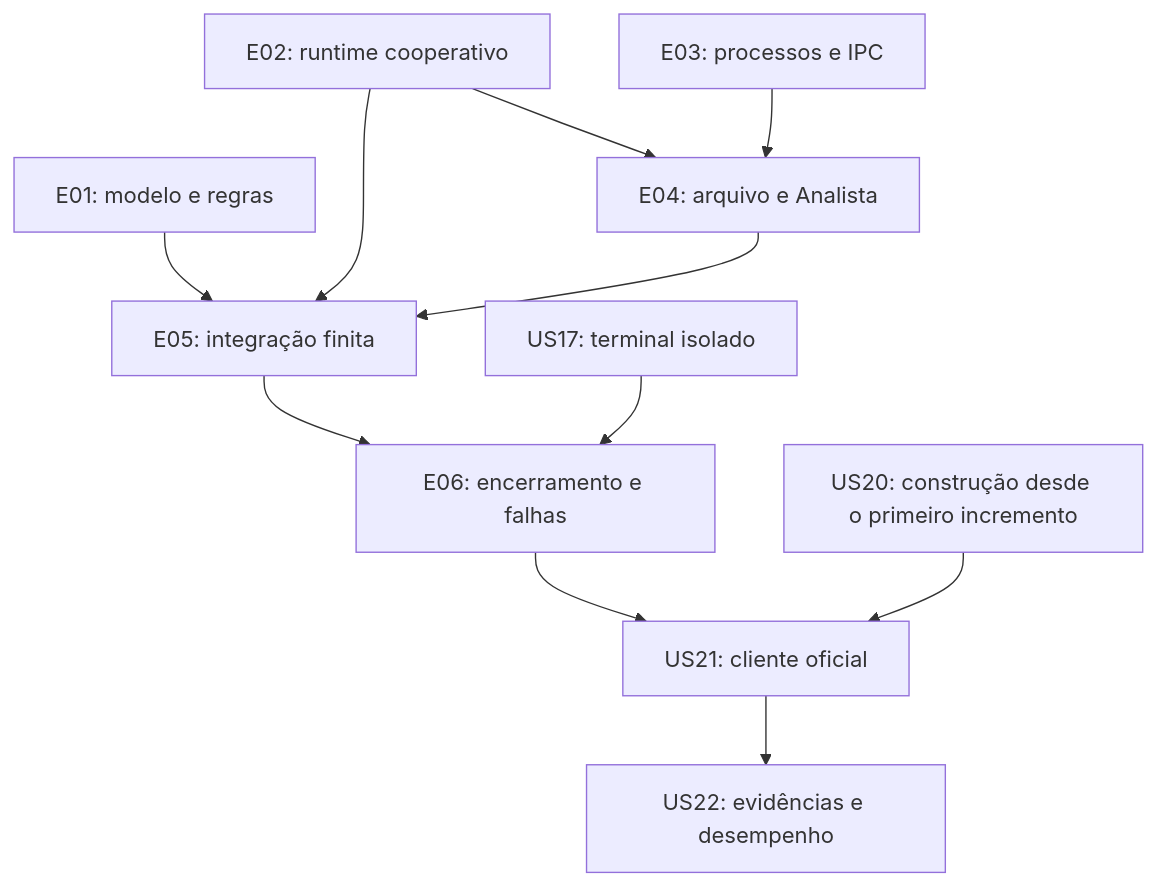
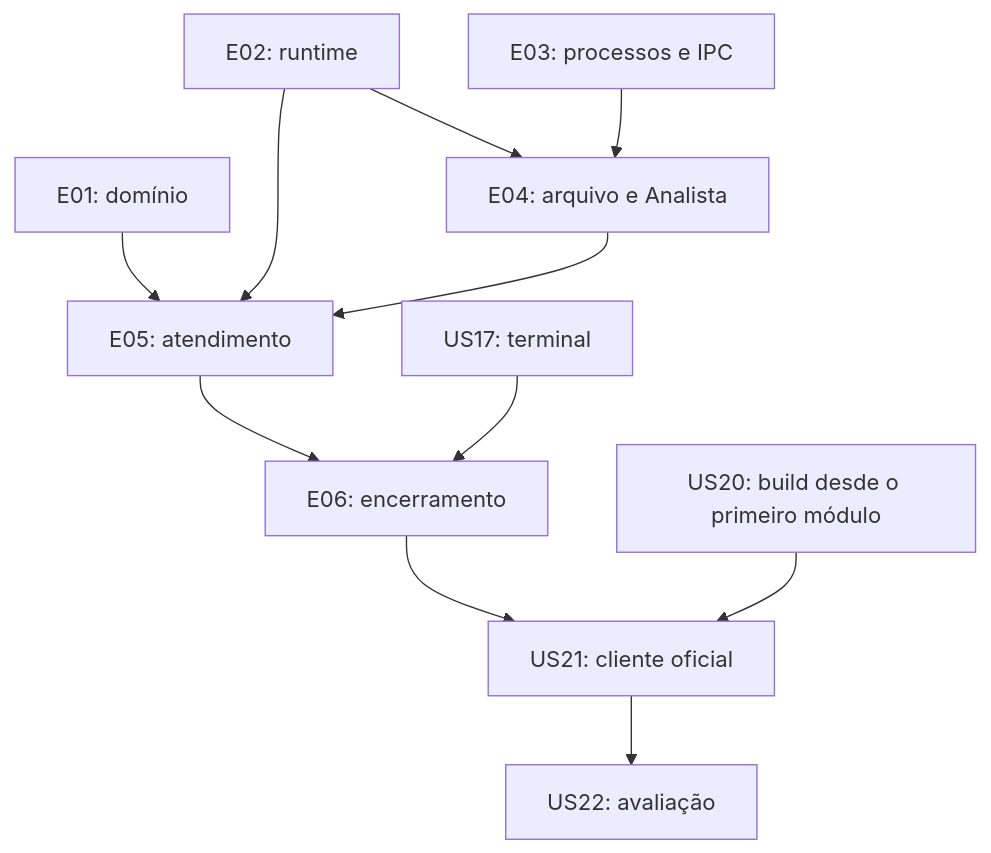
Before and after one commit to Gabriel-Tex/yuri-os: the diagram in docs/user-stories.md, drawn with Mermaid. The commit also changed other lines of this file and 4 other files, not shown here.

````diff
--- a/docs/user-stories.md
+++ b/docs/user-stories.md
@@ -542,13 +477,13 @@
 ```mermaid
 flowchart TD
-    A[E01: modelo e regras] --> I[E05: integração finita]
-    B[E02: runtime cooperativo] --> I
+    A[E01: domínio] --> I[E05: atendimento]
+    B[E02: runtime] --> I
     C[E03: processos e IPC] --> D[E04: arquivo e Analista]
     B --> D
     D --> I
-    I --> S[E06: encerramento e falhas]
-    T[US17: terminal isolado] --> S
-    Build[US20: construção desde o primeiro incremento] --> V[US21: cliente oficial]
-    S --> V
-    V --> P[US22: evidências e desempenho]
+    I --> S[E06: encerramento]
+    T[US17: terminal] --> S
+    S --> V[US21: cliente oficial]
+    Build[US20: build desde o primeiro módulo] --> V
+    V --> P[US22: avaliação]
 ```
````
